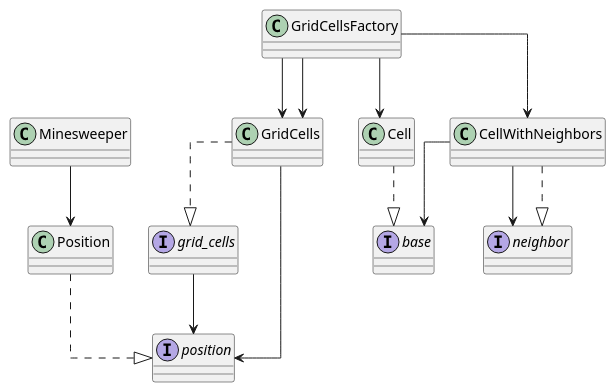
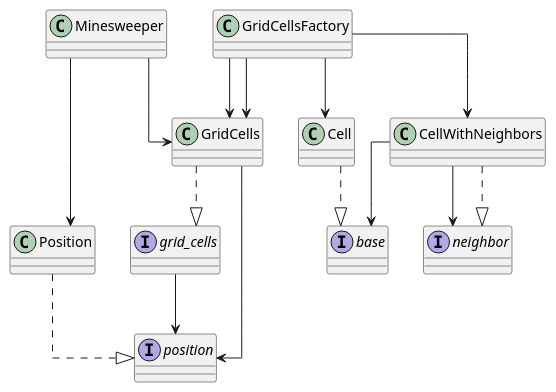
The diagram in diagrams/overview.plantuml (Yuhi-Sato/minesweeper), drawn with PlantUML before and after one commit.

Commit message:
refactor: 💡 ダイアグラム修正

```diff
--- a/diagrams/overview.plantuml
+++ b/diagrams/overview.plantuml
@@ -1,35 +1,36 @@
 @startuml overview
 
 top to bottom direction
 
 skinparam defaultFontName HackGen
 
 skinparam linetype ortho
 
 interface grid_cells {}
 interface position {}
 interface neighbor {}
 interface base {}
 
 Minesweeper --> Position
+Minesweeper --> GridCells
 
 GridCellsFactory --> GridCells
 
 GridCells ..|> grid_cells
 GridCells --> position
 
 grid_cells --> position
 
 Position ..|> position
 
 GridCellsFactory --> Cell
 GridCellsFactory --> CellWithNeighbors
 GridCellsFactory --> GridCells
 
 CellWithNeighbors --> neighbor
 CellWithNeighbors ..|> neighbor
 CellWithNeighbors --> base
 
 Cell ..|> base
 
 @enduml
```
